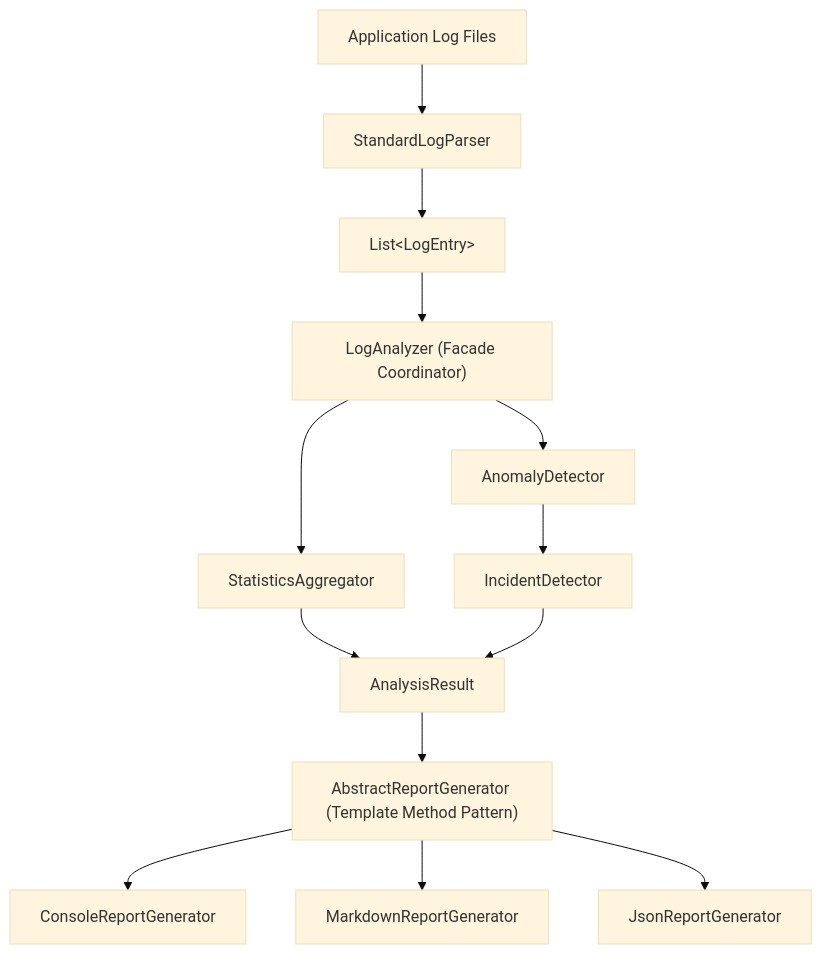
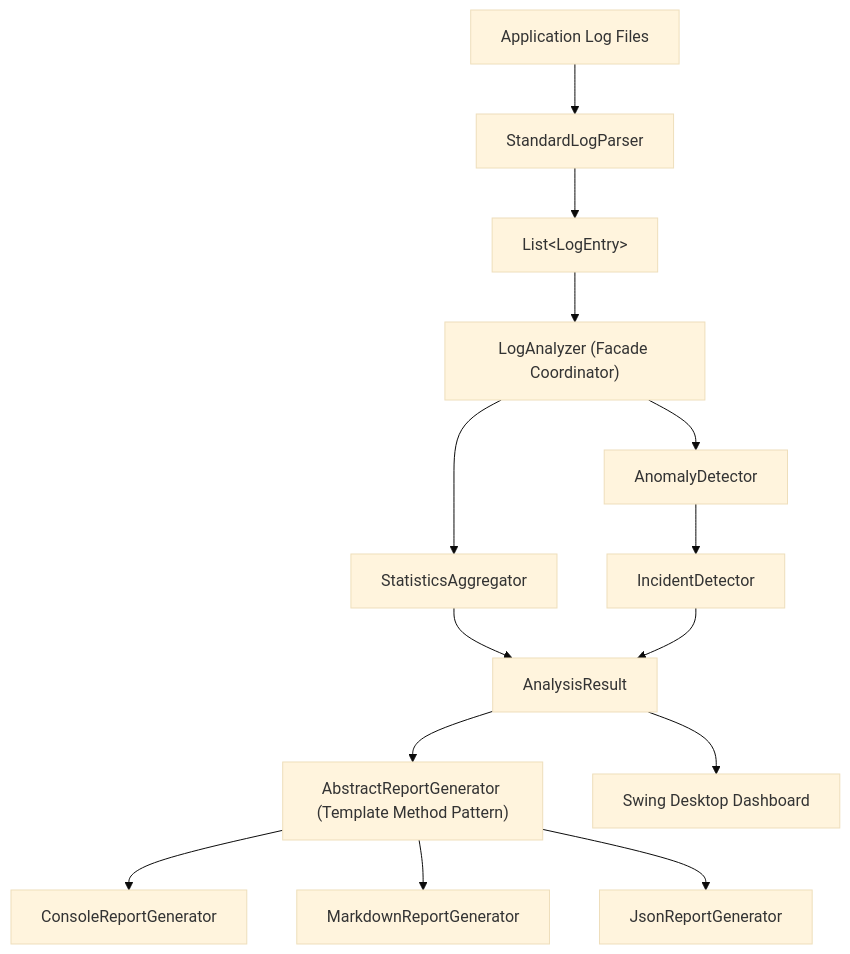
The diagram in README.md (dotexeYash/Log-Analyzer-Incident-Detector), drawn with Mermaid (base theme) before and after one commit. The commit also changed other lines of this file, not shown here.

````diff
--- a/README.md
+++ b/README.md
@@ -140,15 +290,16 @@
 ```mermaid
 flowchart TD
     A["Application Log Files"] --> B["StandardLogParser"]
     B --> C["List&lt;LogEntry&gt;"]
     C --> D["LogAnalyzer (Facade Coordinator)"]
     D --> E["StatisticsAggregator"]
     D --> F["AnomalyDetector"]
     F --> G["IncidentDetector"]
     E --> H["AnalysisResult"]
     G --> H
     H --> I["AbstractReportGenerator (Template Method Pattern)"]
+    H --> M["Swing Desktop Dashboard"]
     I --> J["ConsoleReportGenerator"]
     I --> K["MarkdownReportGenerator"]
     I --> L["JsonReportGenerator"]
 ```
````
